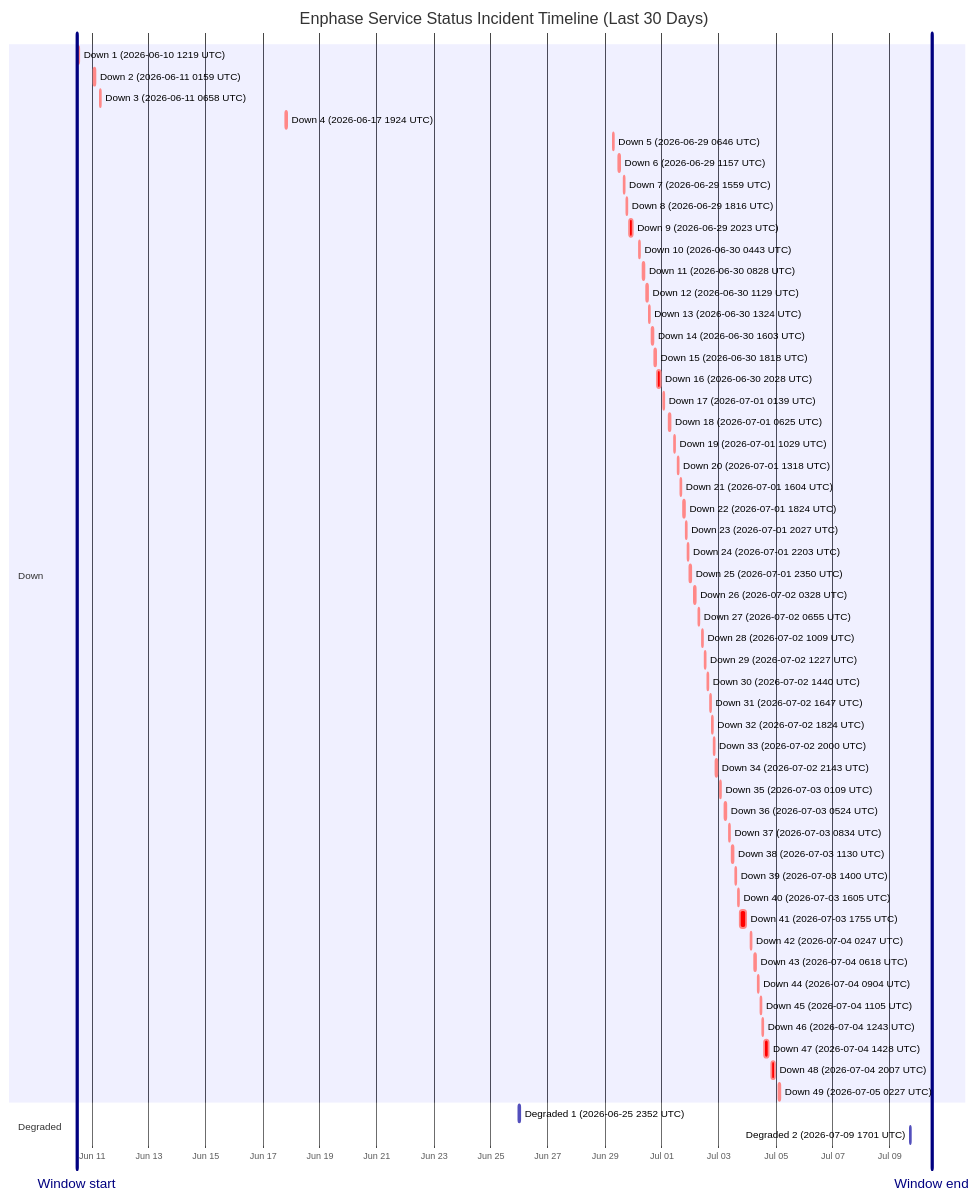
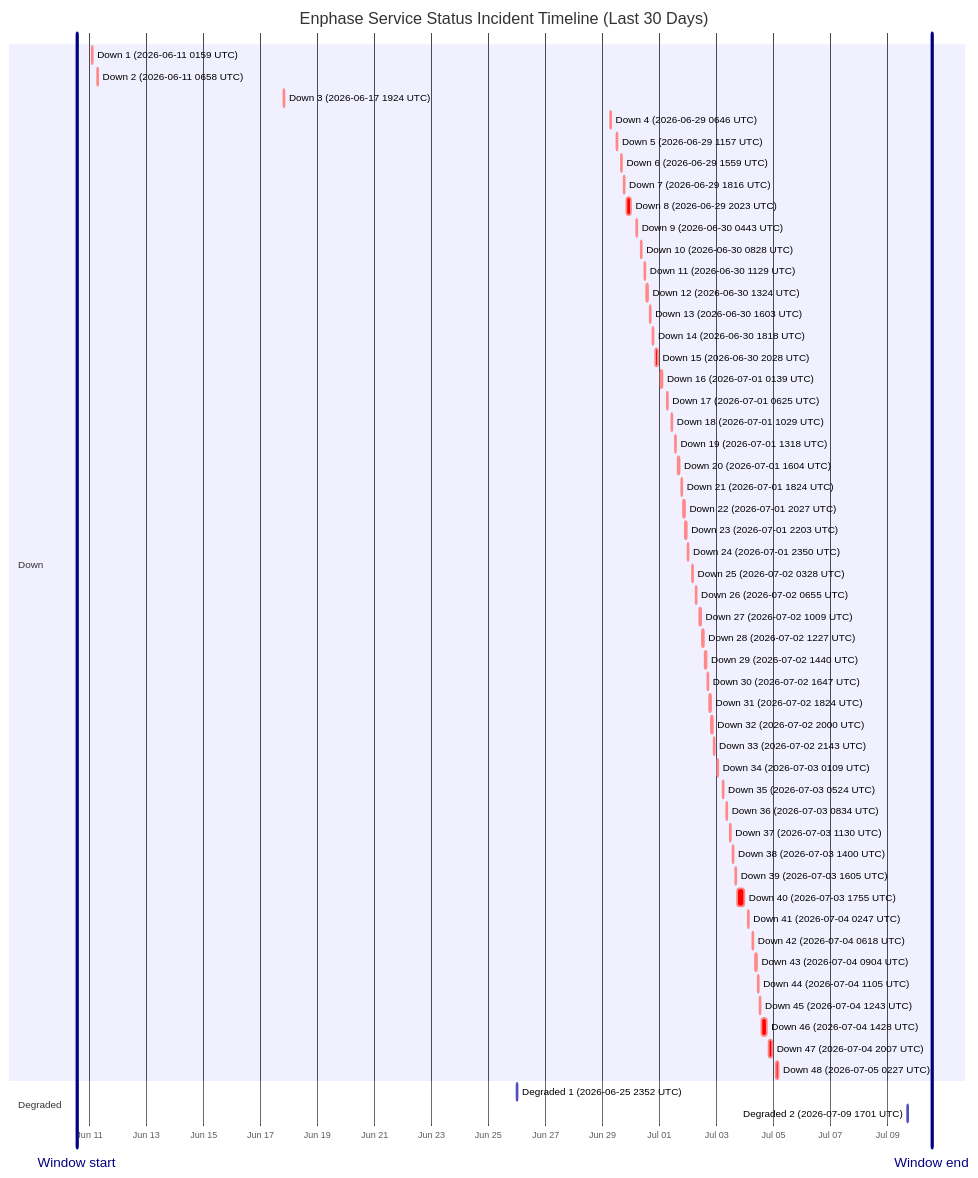
Before and after one commit to barneyonline/ha-enphase-energy: the diagram in wiki/Service-Status-History.md, drawn with Mermaid. The commit also changed other lines of this file and 3 other files, not shown here.

````diff
--- a/wiki/Service-Status-History.md
+++ b/wiki/Service-Status-History.md
@@ -14,61 +14,60 @@
 ```mermaid
 gantt
     title Enphase Service Status Incident Timeline (Last 30 Days)
     dateFormat  YYYY-MM-DDTHH:mm:ss
     axisFormat  %b %d
-    Window start :vert, window-start, 2026-06-10T11:24:24, 0ms
-    Window end :vert, window-end, 2026-07-10T11:24:24, 0ms
+    Window start :vert, window-start, 2026-06-10T13:26:18, 0ms
+    Window end :vert, window-end, 2026-07-10T13:26:18, 0ms
     section Down
-    Down 1 (2026-06-10 1219 UTC) :crit, down-1, 2026-06-10T12:19:21, 60m
-    Down 2 (2026-06-11 0159 UTC) :crit, down-2, 2026-06-11T01:59:36, 60m
-    Down 3 (2026-06-11 0658 UTC) :crit, down-3, 2026-06-11T06:58:45, 60m
-    Down 4 (2026-06-17 1924 UTC) :crit, down-4, 2026-06-17T19:24:51, 60m
-    Down 5 (2026-06-29 0646 UTC) :crit, down-5, 2026-06-29T06:46:18, 60m
-    Down 6 (2026-06-29 1157 UTC) :crit, down-6, 2026-06-29T11:57:36, 60m
-    Down 7 (2026-06-29 1559 UTC) :crit, down-7, 2026-06-29T15:59:02, 60m
-    Down 8 (2026-06-29 1816 UTC) :crit, down-8, 2026-06-29T18:16:38, 60m
-    Down 9 (2026-06-29 2023 UTC) :crit, down-9, 2026-06-29T20:23:16, 220m
-    Down 10 (2026-06-30 0443 UTC) :crit, down-10, 2026-06-30T04:43:54, 60m
-    Down 11 (2026-06-30 0828 UTC) :crit, down-11, 2026-06-30T08:28:43, 60m
-    Down 12 (2026-06-30 1129 UTC) :crit, down-12, 2026-06-30T11:29:15, 60m
-    Down 13 (2026-06-30 1324 UTC) :crit, down-13, 2026-06-30T13:24:25, 60m
-    Down 14 (2026-06-30 1603 UTC) :crit, down-14, 2026-06-30T16:03:26, 60m
-    Down 15 (2026-06-30 1818 UTC) :crit, down-15, 2026-06-30T18:18:39, 60m
-    Down 16 (2026-06-30 2028 UTC) :crit, down-16, 2026-06-30T20:28:54, 171m
-    Down 17 (2026-07-01 0139 UTC) :crit, down-17, 2026-07-01T01:39:18, 60m
-    Down 18 (2026-07-01 0625 UTC) :crit, down-18, 2026-07-01T06:25:35, 60m
-    Down 19 (2026-07-01 1029 UTC) :crit, down-19, 2026-07-01T10:29:24, 60m
-    Down 20 (2026-07-01 1318 UTC) :crit, down-20, 2026-07-01T13:18:31, 60m
-    Down 21 (2026-07-01 1604 UTC) :crit, down-21, 2026-07-01T16:04:29, 60m
-    Down 22 (2026-07-01 1824 UTC) :crit, down-22, 2026-07-01T18:24:21, 60m
-    Down 23 (2026-07-01 2027 UTC) :crit, down-23, 2026-07-01T20:27:17, 60m
-    Down 24 (2026-07-01 2203 UTC) :crit, down-24, 2026-07-01T22:03:46, 60m
-    Down 25 (2026-07-01 2350 UTC) :crit, down-25, 2026-07-01T23:50:52, 60m
-    Down 26 (2026-07-02 0328 UTC) :crit, down-26, 2026-07-02T03:28:33, 60m
-    Down 27 (2026-07-02 0655 UTC) :crit, down-27, 2026-07-02T06:55:07, 60m
-    Down 28 (2026-07-02 1009 UTC) :crit, down-28, 2026-07-02T10:09:15, 60m
-    Down 29 (2026-07-02 1227 UTC) :crit, down-29, 2026-07-02T12:27:49, 60m
-    Down 30 (2026-07-02 1440 UTC) :crit, down-30, 2026-07-02T14:40:53, 60m
-    Down 31 (2026-07-02 1647 UTC) :crit, down-31, 2026-07-02T16:47:47, 60m
-    Down 32 (2026-07-02 1824 UTC) :crit, down-32, 2026-07-02T18:24:26, 60m
-    Down 33 (2026-07-02 2000 UTC) :crit, down-33, 2026-07-02T20:00:57, 60m
-    Down 34 (2026-07-02 2143 UTC) :crit, down-34, 2026-07-02T21:43:52, 80m
-    Down 35 (2026-07-03 0109 UTC) :crit, down-35, 2026-07-03T01:09:19, 60m
-    Down 36 (2026-07-03 0524 UTC) :crit, down-36, 2026-07-03T05:24:23, 60m
-    Down 37 (2026-07-03 0834 UTC) :crit, down-37, 2026-07-03T08:34:05, 60m
-    Down 38 (2026-07-03 1130 UTC) :crit, down-38, 2026-07-03T11:30:41, 60m
-    Down 39 (2026-07-03 1400 UTC) :crit, down-39, 2026-07-03T14:00:48, 60m
-    Down 40 (2026-07-03 1605 UTC) :crit, down-40, 2026-07-03T16:05:49, 60m
-    Down 41 (2026-07-03 1755 UTC) :crit, down-41, 2026-07-03T17:55:54, 338m
-    Down 42 (2026-07-04 0247 UTC) :crit, down-42, 2026-07-04T02:47:22, 60m
-    Down 43 (2026-07-04 0618 UTC) :crit, down-43, 2026-07-04T06:18:09, 60m
-    Down 44 (2026-07-04 0904 UTC) :crit, down-44, 2026-07-04T09:04:41, 60m
-    Down 45 (2026-07-04 1105 UTC) :crit, down-45, 2026-07-04T11:05:21, 60m
-    Down 46 (2026-07-04 1243 UTC) :crit, down-46, 2026-07-04T12:43:25, 60m
-    Down 47 (2026-07-04 1428 UTC) :crit, down-47, 2026-07-04T14:28:07, 243m
-    Down 48 (2026-07-04 2007 UTC) :crit, down-48, 2026-07-04T20:07:50, 206m
-    Down 49 (2026-07-05 0227 UTC) :crit, down-49, 2026-07-05T02:27:32, 109m
+    Down 1 (2026-06-11 0159 UTC) :crit, down-1, 2026-06-11T01:59:36, 60m
+    Down 2 (2026-06-11 0658 UTC) :crit, down-2, 2026-06-11T06:58:45, 60m
+    Down 3 (2026-06-17 1924 UTC) :crit, down-3, 2026-06-17T19:24:51, 60m
+    Down 4 (2026-06-29 0646 UTC) :crit, down-4, 2026-06-29T06:46:18, 60m
+    Down 5 (2026-06-29 1157 UTC) :crit, down-5, 2026-06-29T11:57:36, 60m
+    Down 6 (2026-06-29 1559 UTC) :crit, down-6, 2026-06-29T15:59:02, 60m
+    Down 7 (2026-06-29 1816 UTC) :crit, down-7, 2026-06-29T18:16:38, 60m
+    Down 8 (2026-06-29 2023 UTC) :crit, down-8, 2026-06-29T20:23:16, 220m
+    Down 9 (2026-06-30 0443 UTC) :crit, down-9, 2026-06-30T04:43:54, 60m
+    Down 10 (2026-06-30 0828 UTC) :crit, down-10, 2026-06-30T08:28:43, 60m
+    Down 11 (2026-06-30 1129 UTC) :crit, down-11, 2026-06-30T11:29:15, 60m
+    Down 12 (2026-06-30 1324 UTC) :crit, down-12, 2026-06-30T13:24:25, 60m
+    Down 13 (2026-06-30 1603 UTC) :crit, down-13, 2026-06-30T16:03:26, 60m
+    Down 14 (2026-06-30 1818 UTC) :crit, down-14, 2026-06-30T18:18:39, 60m
+    Down 15 (2026-06-30 2028 UTC) :crit, down-15, 2026-06-30T20:28:54, 171m
+    Down 16 (2026-07-01 0139 UTC) :crit, down-16, 2026-07-01T01:39:18, 60m
+    Down 17 (2026-07-01 0625 UTC) :crit, down-17, 2026-07-01T06:25:35, 60m
+    Down 18 (2026-07-01 1029 UTC) :crit, down-18, 2026-07-01T10:29:24, 60m
+    Down 19 (2026-07-01 1318 UTC) :crit, down-19, 2026-07-01T13:18:31, 60m
+    Down 20 (2026-07-01 1604 UTC) :crit, down-20, 2026-07-01T16:04:29, 60m
+    Down 21 (2026-07-01 1824 UTC) :crit, down-21, 2026-07-01T18:24:21, 60m
+    Down 22 (2026-07-01 2027 UTC) :crit, down-22, 2026-07-01T20:27:17, 60m
+    Down 23 (2026-07-01 2203 UTC) :crit, down-23, 2026-07-01T22:03:46, 60m
+    Down 24 (2026-07-01 2350 UTC) :crit, down-24, 2026-07-01T23:50:52, 60m
+    Down 25 (2026-07-02 0328 UTC) :crit, down-25, 2026-07-02T03:28:33, 60m
+    Down 26 (2026-07-02 0655 UTC) :crit, down-26, 2026-07-02T06:55:07, 60m
+    Down 27 (2026-07-02 1009 UTC) :crit, down-27, 2026-07-02T10:09:15, 60m
+    Down 28 (2026-07-02 1227 UTC) :crit, down-28, 2026-07-02T12:27:49, 60m
+    Down 29 (2026-07-02 1440 UTC) :crit, down-29, 2026-07-02T14:40:53, 60m
+    Down 30 (2026-07-02 1647 UTC) :crit, down-30, 2026-07-02T16:47:47, 60m
+    Down 31 (2026-07-02 1824 UTC) :crit, down-31, 2026-07-02T18:24:26, 60m
+    Down 32 (2026-07-02 2000 UTC) :crit, down-32, 2026-07-02T20:00:57, 60m
+    Down 33 (2026-07-02 2143 UTC) :crit, down-33, 2026-07-02T21:43:52, 80m
+    Down 34 (2026-07-03 0109 UTC) :crit, down-34, 2026-07-03T01:09:19, 60m
+    Down 35 (2026-07-03 0524 UTC) :crit, down-35, 2026-07-03T05:24:23, 60m
+    Down 36 (2026-07-03 0834 UTC) :crit, down-36, 2026-07-03T08:34:05, 60m
+    Down 37 (2026-07-03 1130 UTC) :crit, down-37, 2026-07-03T11:30:41, 60m
+    Down 38 (2026-07-03 1400 UTC) :crit, down-38, 2026-07-03T14:00:48, 60m
+    Down 39 (2026-07-03 1605 UTC) :crit, down-39, 2026-07-03T16:05:49, 60m
+    Down 40 (2026-07-03 1755 UTC) :crit, down-40, 2026-07-03T17:55:54, 338m
+    Down 41 (2026-07-04 0247 UTC) :crit, down-41, 2026-07-04T02:47:22, 60m
+    Down 42 (2026-07-04 0618 UTC) :crit, down-42, 2026-07-04T06:18:09, 60m
+    Down 43 (2026-07-04 0904 UTC) :crit, down-43, 2026-07-04T09:04:41, 60m
+    Down 44 (2026-07-04 1105 UTC) :crit, down-44, 2026-07-04T11:05:21, 60m
+    Down 45 (2026-07-04 1243 UTC) :crit, down-45, 2026-07-04T12:43:25, 60m
+    Down 46 (2026-07-04 1428 UTC) :crit, down-46, 2026-07-04T14:28:07, 243m
+    Down 47 (2026-07-04 2007 UTC) :crit, down-47, 2026-07-04T20:07:50, 206m
+    Down 48 (2026-07-05 0227 UTC) :crit, down-48, 2026-07-05T02:27:32, 109m
     section Degraded
     Degraded 1 (2026-06-25 2352 UTC) :active, degraded-1, 2026-06-25T23:52:01, 60m
     Degraded 2 (2026-07-09 1701 UTC) :active, degraded-2, 2026-07-09T17:01:02, 60m
 ```
````
